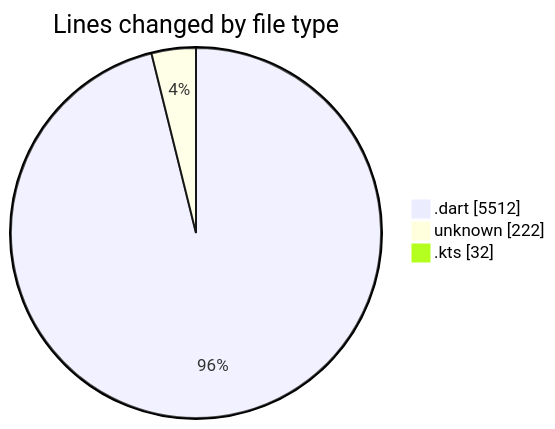
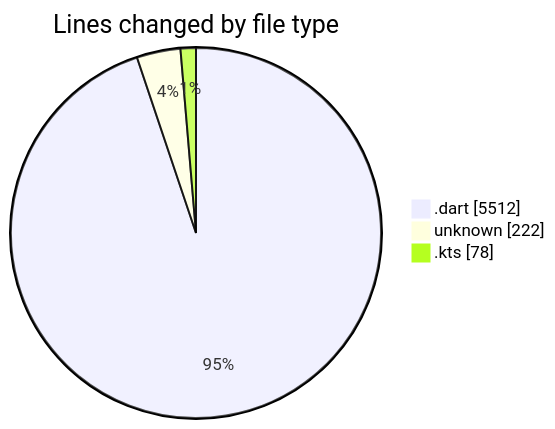
Before and after one commit to lephambinh05/code-tracking: the first of 2 diagrams in 2025-08-05/studybuddy/README.md, drawn with Mermaid. The commit also changed other lines of this file and 1 other file, not shown here.

````diff
--- a/2025-08-05/studybuddy/README.md
+++ b/2025-08-05/studybuddy/README.md
@@ -35,7 +36,7 @@
 ```mermaid
 pie showData
 title Lines changed by file type
 ".dart" : 5512
 "unknown" : 222
-".kts" : 32
+".kts" : 78
 ```
````
